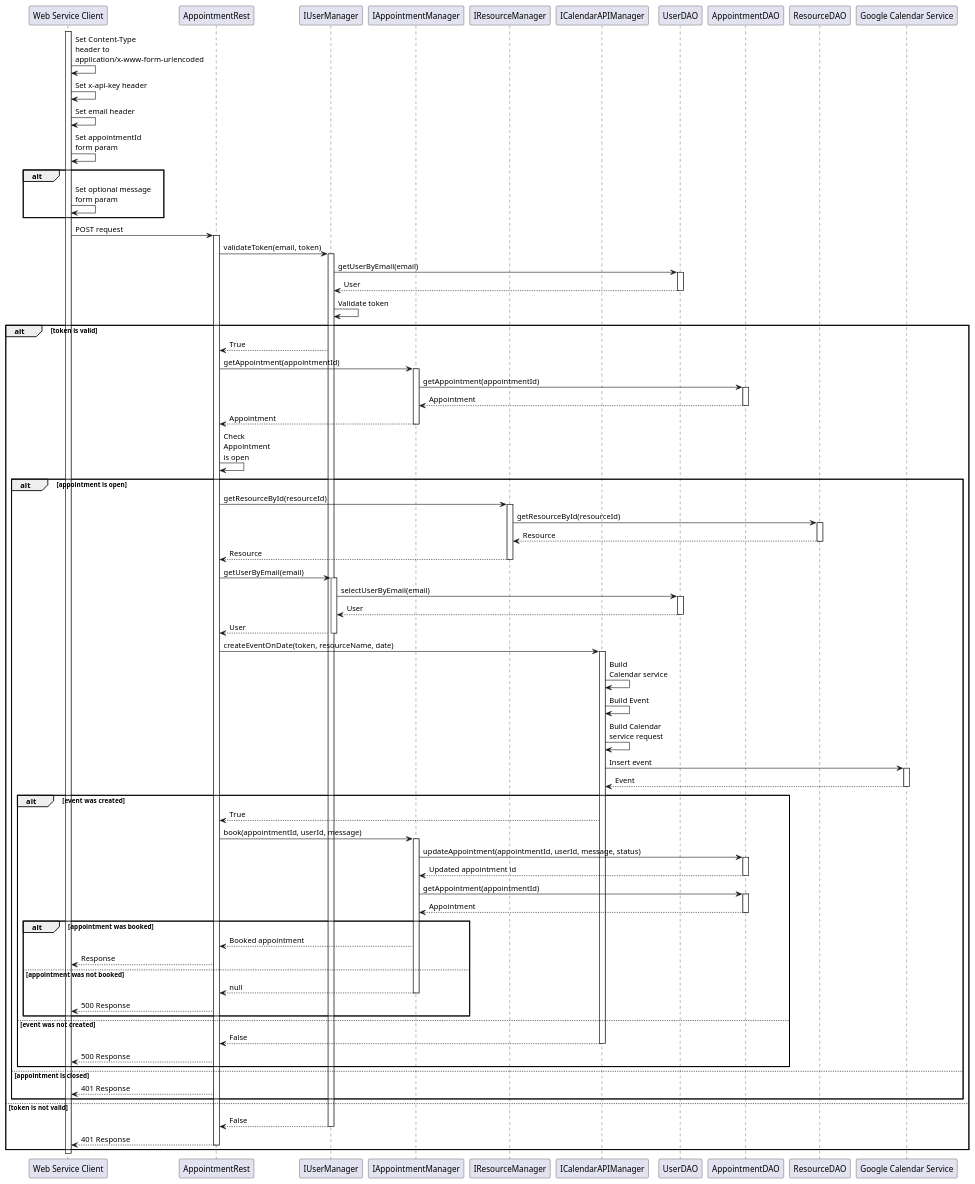
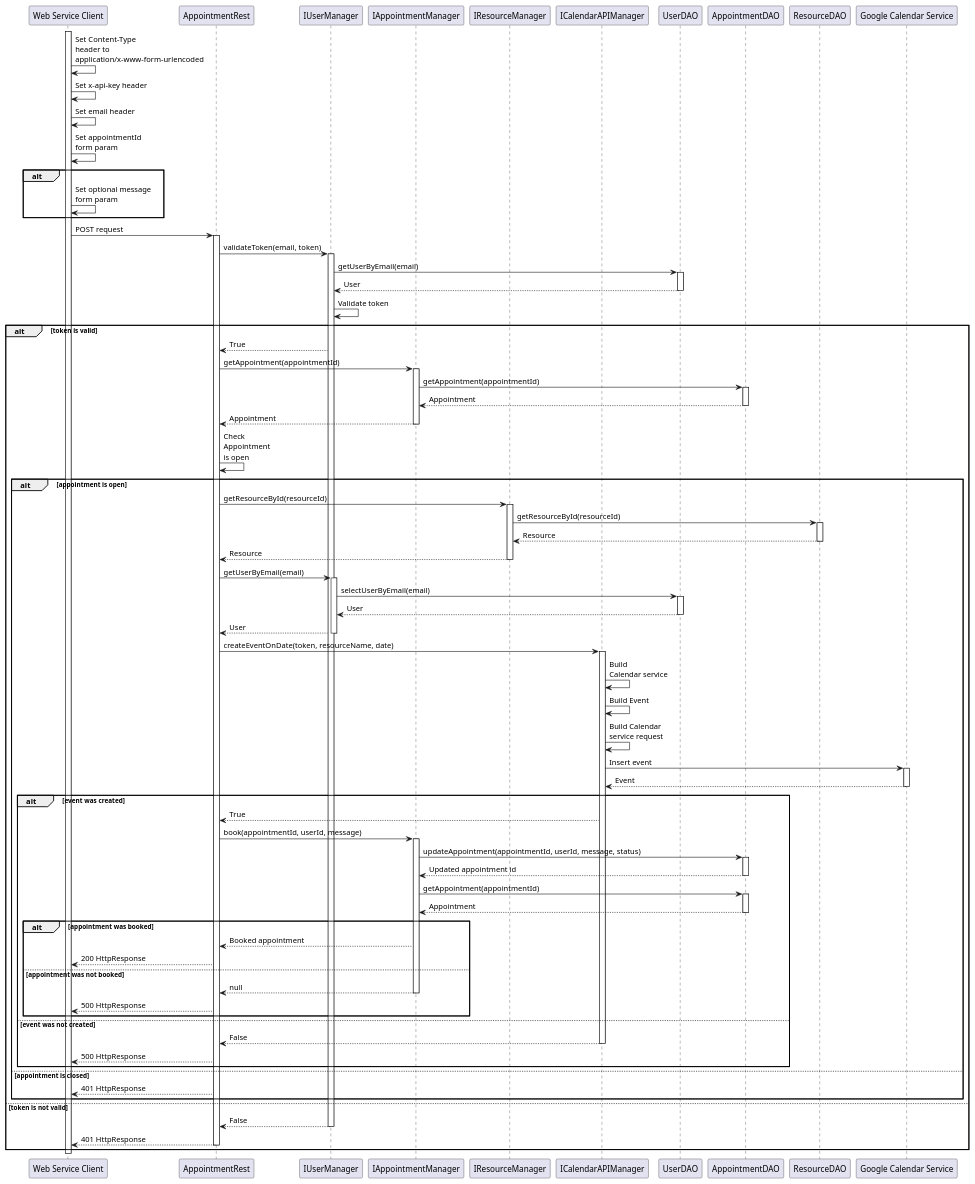
The diagram in documentation/sequence diagram/book_appt-web_service_client.puml (ExZos/soen487-appointment-system), drawn with PlantUML before and after one commit. The commit also changed 3 other files, not shown here.

Commit message:
Update sequence diagram

```diff
--- a/documentation/sequence diagram/book_appt-web_service_client.puml
+++ b/documentation/sequence diagram/book_appt-web_service_client.puml
@@ -1,142 +1,142 @@
 @startuml
 
 participant "Web Service Client" order 1
 participant AppointmentRest order 2
 participant IUserManager order 3
 participant IAppointmentManager order 4
 participant IResourceManager order 5
 participant ICalendarAPIManager order 6
 participant UserDAO order 7
 participant AppointmentDAO order 8
 participant ResourceDAO order 9
 participant "Google Calendar Service" order 10
 
 Activate "Web Service Client"
 "Web Service Client" -> "Web Service Client": Set Content-Type\nheader to\napplication/x-www-form-urlencoded
 
 "Web Service Client" -> "Web Service Client": Set x-api-key header
 "Web Service Client" -> "Web Service Client": Set email header
 "Web Service Client" -> "Web Service Client": Set appointmentId\nform param
 
 alt
     "Web Service Client" -> "Web Service Client": Set optional message\nform param
 end
 
 "Web Service Client" -> AppointmentRest: POST request
 Activate AppointmentRest
 
 AppointmentRest -> IUserManager: validateToken(email, token)
 Activate IUserManager
 
 IUserManager -> UserDAO: getUserByEmail(email)
 Activate UserDAO
 
 IUserManager <-- UserDAO: User
 Deactivate UserDAO
 
 IUserManager -> IUserManager: Validate token
 
 alt token is valid
     AppointmentRest <-- IUserManager: True
     AppointmentRest -> IAppointmentManager: getAppointment(appointmentId)
     Activate IAppointmentManager
 
     IAppointmentManager -> AppointmentDAO: getAppointment(appointmentId)
     Activate AppointmentDAO
 
     IAppointmentManager <-- AppointmentDAO: Appointment
     Deactivate AppointmentDAO
 
     AppointmentRest <-- IAppointmentManager: Appointment
     Deactivate IAppointmentManager
 
     AppointmentRest -> AppointmentRest: Check\nAppointment\nis open
 
     alt appointment is open
         AppointmentRest -> IResourceManager: getResourceById(resourceId)
         Activate IResourceManager
 
         IResourceManager -> ResourceDAO: getResourceById(resourceId)
         Activate ResourceDAO
 
         IResourceManager <-- ResourceDAO: Resource
         Deactivate ResourceDAO
 
         AppointmentRest <-- IResourceManager: Resource
         Deactivate IResourceManager
 
         AppointmentRest -> IUserManager: getUserByEmail(email)
         Activate IUserManager
 
         IUserManager -> UserDAO: selectUserByEmail(email)
         Activate UserDAO
 
         IUserManager <-- UserDAO: User
         Deactivate UserDAO
 
         AppointmentRest <-- IUserManager: User
         Deactivate IUserManager
 
         AppointmentRest -> ICalendarAPIManager: createEventOnDate(token, resourceName, date)
         Activate ICalendarAPIManager
 
         ICalendarAPIManager -> ICalendarAPIManager: Build\nCalendar service
         ICalendarAPIManager -> ICalendarAPIManager: Build Event
         ICalendarAPIManager -> ICalendarAPIManager: Build Calendar\nservice request
         ICalendarAPIManager -> "Google Calendar Service": Insert event
         Activate "Google Calendar Service"
 
         ICalendarAPIManager <-- "Google Calendar Service": Event
         Deactivate "Google Calendar Service"
 
         alt event was created
             AppointmentRest <-- ICalendarAPIManager: True
             AppointmentRest -> IAppointmentManager: book(appointmentId, userId, message)
             Activate IAppointmentManager
 
             IAppointmentManager -> AppointmentDAO: updateAppointment(appointmentId, userId, message, status)
             Activate AppointmentDAO
 
             IAppointmentManager <-- AppointmentDAO: Updated appointment id
             Deactivate AppointmentDAO
 
             IAppointmentManager -> AppointmentDAO: getAppointment(appointmentId)
             Activate AppointmentDAO
 
             IAppointmentManager <-- AppointmentDAO: Appointment
             Deactivate AppointmentDAO
 
             alt appointment was booked
                 AppointmentRest <-- IAppointmentManager: Booked appointment
 
-                "Web Service Client" <-- AppointmentRest: Response
+                "Web Service Client" <-- AppointmentRest: 200 HttpResponse
 
             else appointment was not booked
                 AppointmentRest <-- IAppointmentManager: null
                 Deactivate IAppointmentManager
 
-                "Web Service Client" <-- AppointmentRest: 500 Response
+                "Web Service Client" <-- AppointmentRest: 500 HttpResponse
             end
 
         else event was not created
             AppointmentRest <-- ICalendarAPIManager: False
             Deactivate ICalendarAPIManager
 
-            "Web Service Client" <-- AppointmentRest: 500 Response
+            "Web Service Client" <-- AppointmentRest: 500 HttpResponse
          end
 
     else appointment is closed
-        "Web Service Client" <-- AppointmentRest: 401 Response
+        "Web Service Client" <-- AppointmentRest: 401 HttpResponse
     end
 
 else token is not valid
     AppointmentRest <-- IUserManager: False
     Deactivate IUserManager
 
-    "Web Service Client" <-- AppointmentRest: 401 Response
+    "Web Service Client" <-- AppointmentRest: 401 HttpResponse
     Deactivate AppointmentRest
 end
 
 Deactivate "Web Service Client"
 
 @enduml
```
